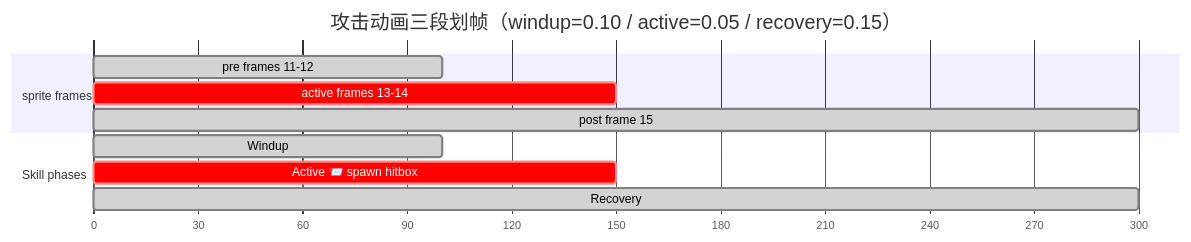
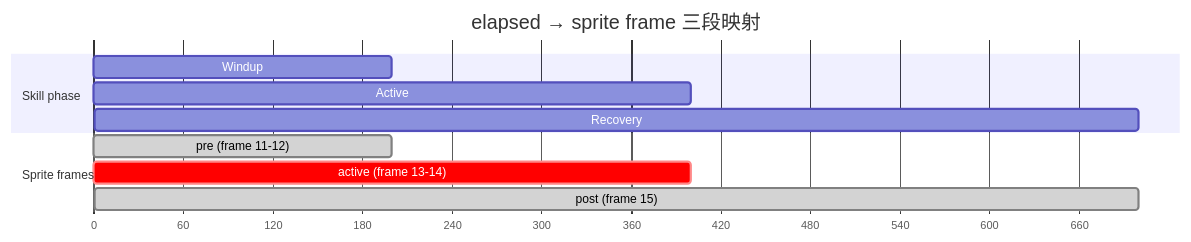
The tenth of 12 diagrams in doc/skill-system.md (seekerlee/percussion), drawn with Mermaid before and after one commit. The commit also changed other lines of this file, not shown here.

Commit message:
重写 doc/skill-system.md：同步到当前 Strike / CandidateSet / DamagePipeline

````diff
--- a/doc/skill-system.md
+++ b/doc/skill-system.md
@@ -405,16 +835,14 @@
 ```mermaid
 gantt
-    title 攻击动画三段划帧（windup=0.10 / active=0.05 / recovery=0.15）
+    title elapsed → sprite frame 三段映射
     dateFormat X
     axisFormat %s
-
-    section sprite frames
-    pre  frames 11-12         :done, pre,   0, 100
-    active frames 13-14       :crit, act, 100, 150
-    post frame 15             :done, post, 150, 300
-
-    section Skill phases
-    Windup                    :done, w, 0, 100
-    Active 📨 spawn hitbox    :crit, a, 100, 150
-    Recovery                  :done, r, 150, 300
+    section Skill phase
+    Windup : 0, 200
+    Active : 200, 400
+    Recovery : 400, 700
+    section Sprite frames
+    pre (frame 11-12)    :done, 0, 200
+    active (frame 13-14) :crit, 200, 400
+    post (frame 15)      :done, 400, 700
 ```
````
